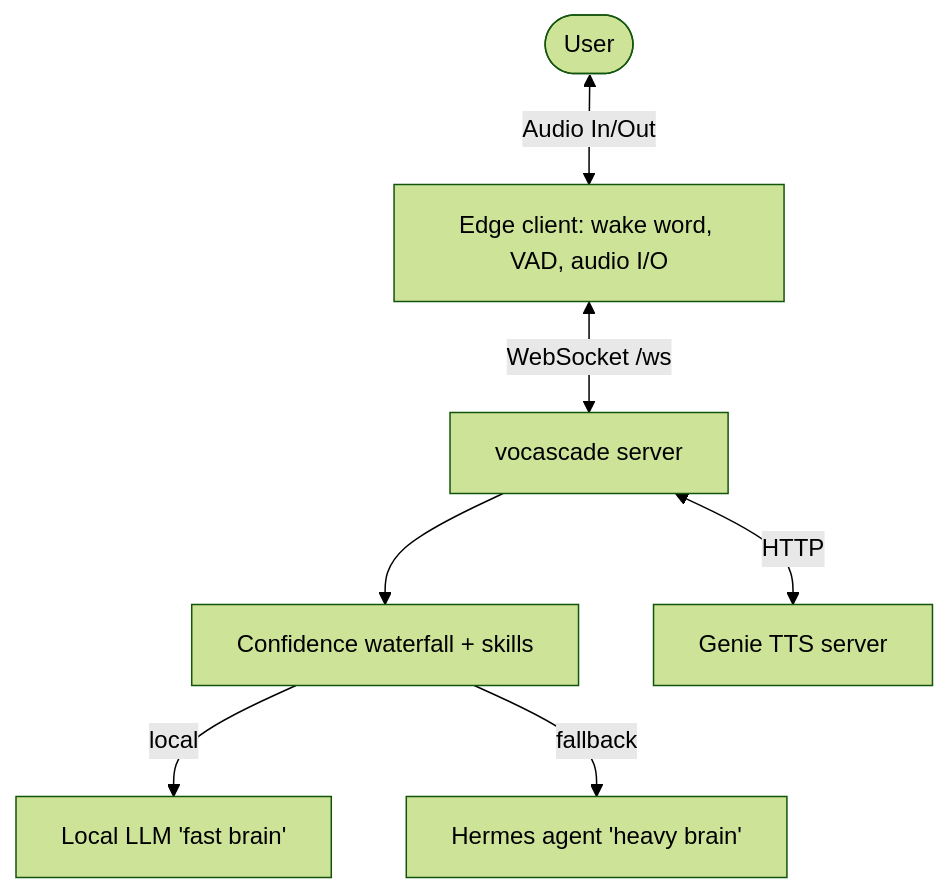
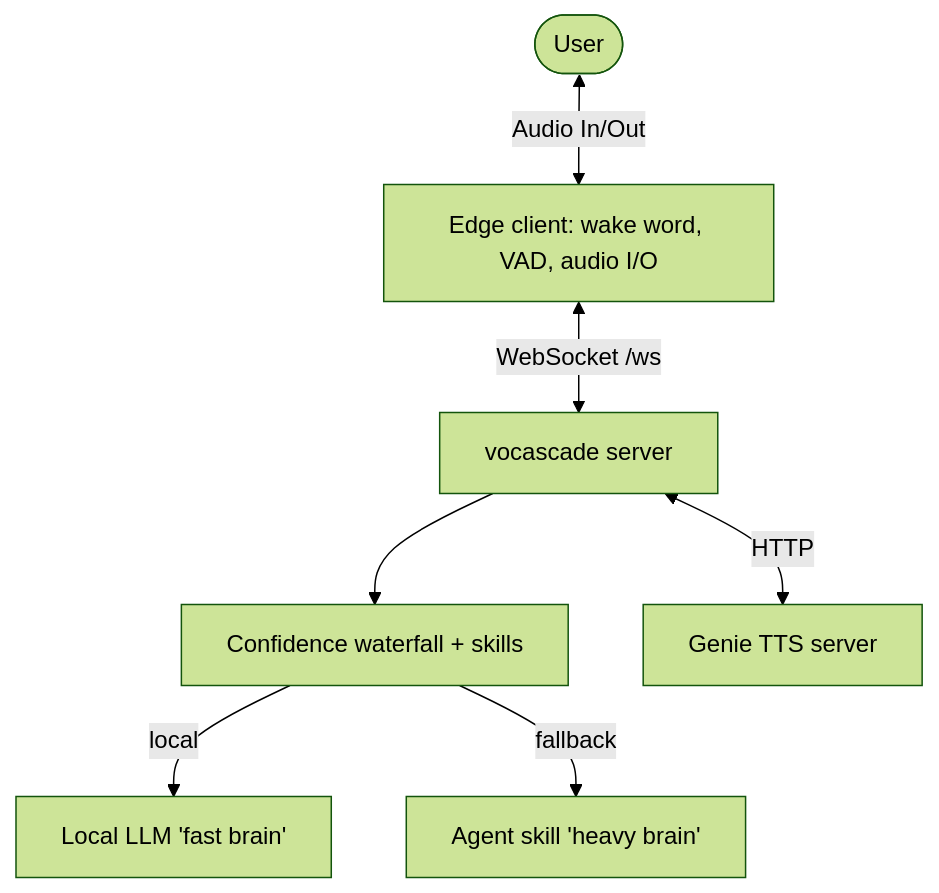
One commit to aiden-isaac/vocascade changed the diagram in README.md. Above: the diagram before and after it, drawn with Mermaid (forest theme). The commit also changed other lines of this file and 23 other files, not shown here.

First line of the commit message:
feat(waterfall): generic agent fallback stage, any agent is just a skill

````diff
--- a/README.md
+++ b/README.md
@@ -180,9 +182,9 @@
 ```mermaid
 graph TD
     User([User]) <-->|Audio In/Out| Edge[Edge client: wake word, VAD, audio I/O]
     Edge <-->|WebSocket /ws| Server[vocascade server]
     Server --> Waterfall[Confidence waterfall + skills]
     Waterfall -->|local| LocalLLM[Local LLM 'fast brain']
-    Waterfall -->|fallback| Hermes[Hermes agent 'heavy brain']
+    Waterfall -->|fallback| Agent[Agent skill 'heavy brain']
     Server <-->|HTTP| GenieTTS[Genie TTS server]
 ```
````
